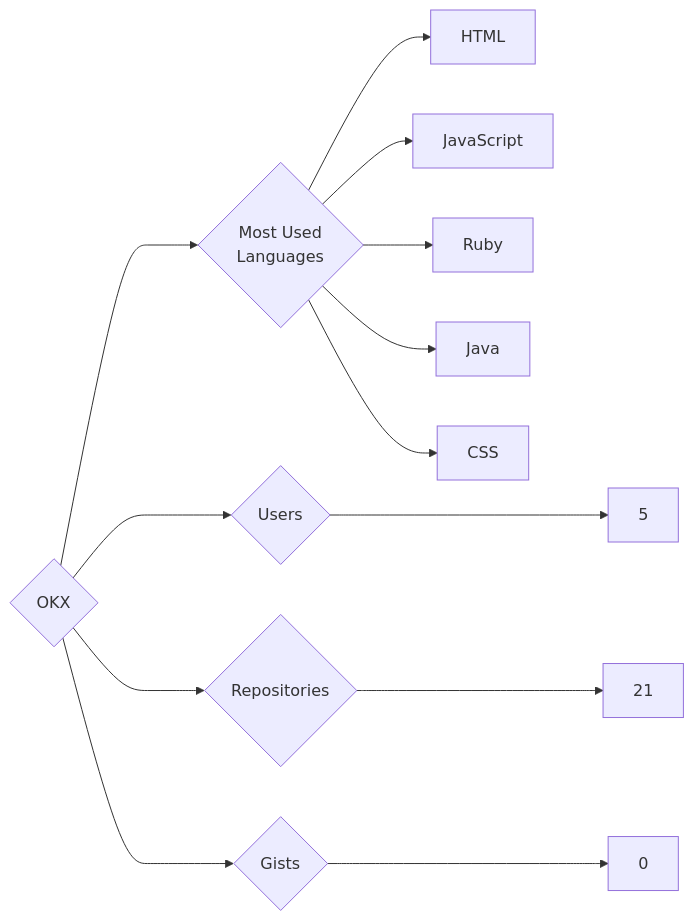
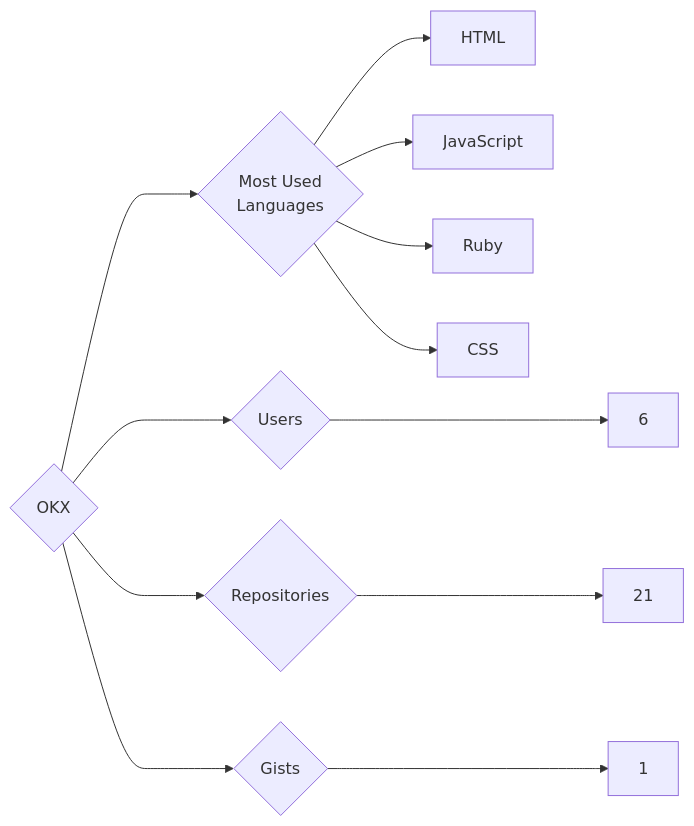
One commit to trickest/insiders changed the diagram in targets/OKX/README.md. Above: the diagram before and after it, drawn with Mermaid. The commit also changed 1389 other files, not shown here.

````diff
--- a/targets/OKX/README.md
+++ b/targets/OKX/README.md
@@ -3,13 +3,12 @@
 ```mermaid
 graph LR
 COMPANY_NAME{OKX}
-COMPANY_NAME ---> U{Users} ---> UN[5]
+COMPANY_NAME ---> U{Users} ---> UN[6]
 COMPANY_NAME ---> R{Repositories} ---> RN[21]
-COMPANY_NAME ---> G{Gists} ---> GN[0]
+COMPANY_NAME ---> G{Gists} ---> GN[1]
 COMPANY_NAME ---> ML{Most Used<br>Languages}
 ML --> HTML[HTML]
 ML --> JavaScript[JavaScript]
 ML --> Ruby[Ruby]
-ML --> Java[Java]
 ML --> CSS[CSS]
 ```
````
